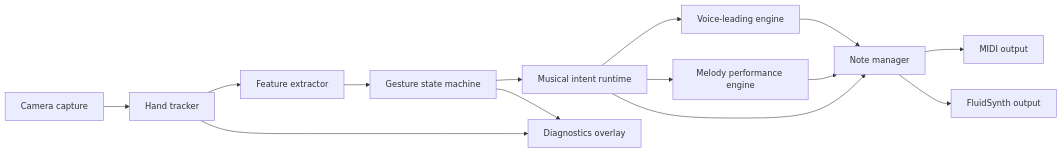
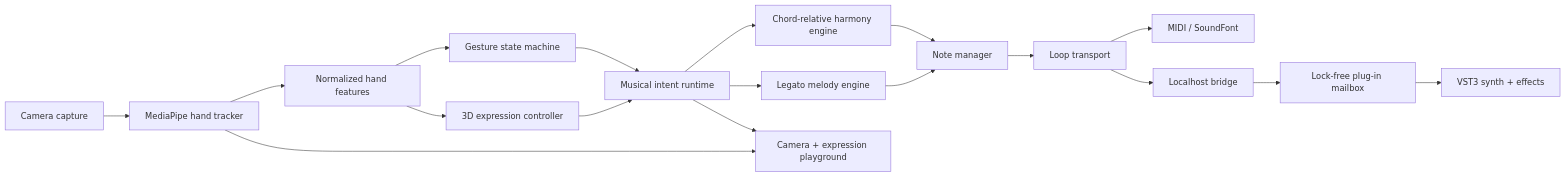
One commit to shishirsambabu/sammyblaze.wav changed the diagram in docs/ARCHITECTURE.md. Above: the diagram before and after it, drawn with Mermaid. The commit also changed other lines of this file and 48 other files, not shown here.

Commit message:
add chord-relative expression and native VST3 bridge

````diff
--- a/docs/ARCHITECTURE.md
+++ b/docs/ARCHITECTURE.md
@@ -3,16 +3,20 @@
 ```mermaid
 flowchart LR
-  C[Camera capture] --> T[Hand tracker]
-  T --> F[Feature extractor]
+  C[Camera capture] --> T[MediaPipe hand tracker]
+  T --> F[Normalized hand features]
   F --> G[Gesture state machine]
+  F --> E[3D expression controller]
   G --> I[Musical intent runtime]
-  I --> V[Voice-leading engine]
-  I --> M[Melody performance engine]
-  V --> N[Note manager]
-  M --> N
-  I --> N[Note manager]
-  N --> O1[MIDI output]
-  N --> O2[FluidSynth output]
-  T --> U[Diagnostics overlay]
-  G --> U
+  E --> I
+  I --> H[Chord-relative harmony engine]
+  I --> L[Legato melody engine]
+  H --> N[Note manager]
+  L --> N
+  N --> R[Loop transport]
+  R --> M[MIDI / SoundFont]
+  R --> B[Localhost bridge]
+  B --> Q[Lock-free plug-in mailbox]
+  Q --> P[VST3 synth + effects]
+  T --> U[Camera + expression playground]
+  I --> U
 ```
````
